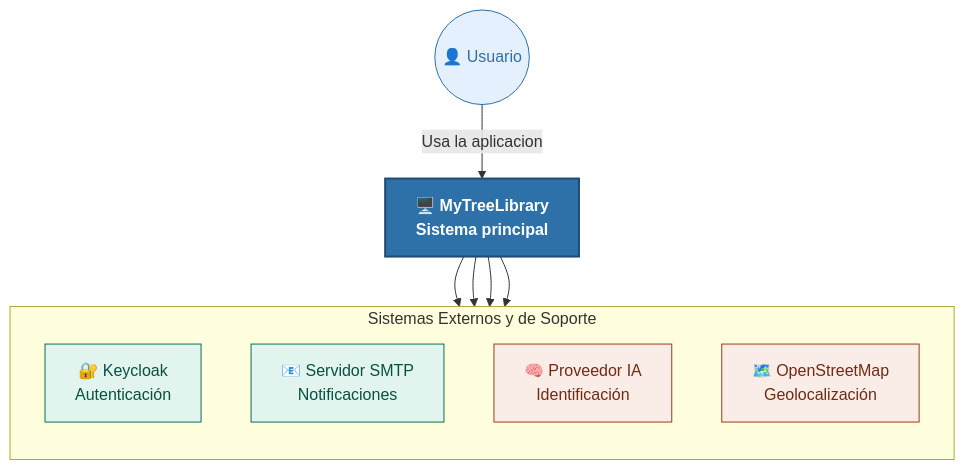
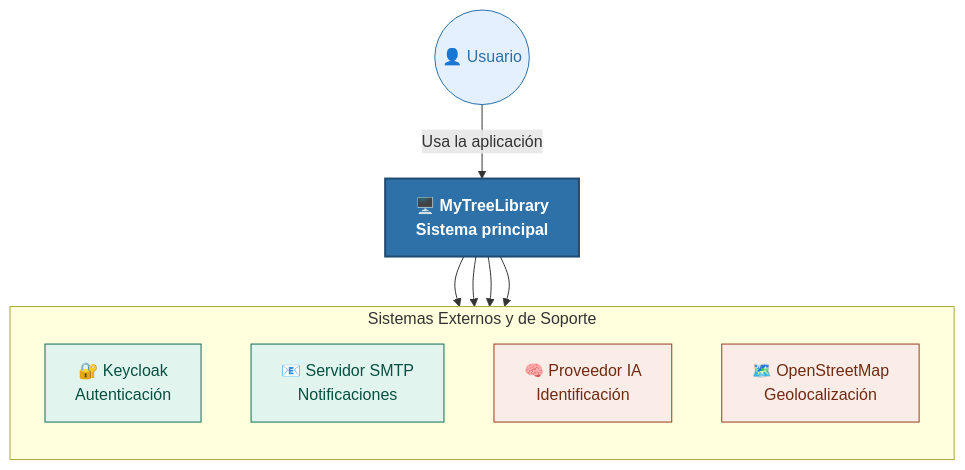
The first of 19 diagrams in readme.md (ldefrutos1/AI4Devs-finalproject), drawn with Mermaid before and after one commit. The commit also changed other lines of this file and 10 other files, not shown here.

````diff
--- a/readme.md
+++ b/readme.md
@@ -79,28 +79,28 @@
 ```mermaid
 graph TD
-    %% Definicion de estilos (CSS)
+    %% Definición de estilos (CSS)
     classDef user fill:#E5F0FF,stroke:#2D71A8,stroke-width:1px,color:#2D71A8;
     classDef system fill:#2D71A8,stroke:#1E4B73,stroke-width:2px,color:#FFFFFF,font-weight:bold;
     classDef soporte fill:#E1F5EE,stroke:#0F6E56,stroke-width:1px,color:#085041;
     classDef externo fill:#FAECE7,stroke:#993C1D,stroke-width:1px,color:#712B13;
 
     %% Nodos
     U(("👤 Usuario")):::user
     S["🖥️ MyTreeLibrary<br/>Sistema principal"]:::system
 
-    %% Agrupacion
+    %% Agrupación
     subgraph Dependencias [Sistemas Externos y de Soporte]
         direction TB
         KC["🔐 Keycloak<br/>Autenticación"]:::soporte
         SMTP["📧 Servidor SMTP<br/>Notificaciones"]:::soporte
         PIA["🧠 Proveedor IA<br/>Identificación"]:::externo
         MAP["🗺️ OpenStreetMap<br/>Geolocalización"]:::externo
     end
 
     %% Relaciones
-    U -->|Usa la aplicacion| S
+    U -->|Usa la aplicación| S
     S --> KC
     S --> SMTP
     S --> PIA
     S --> MAP
 ```
````
